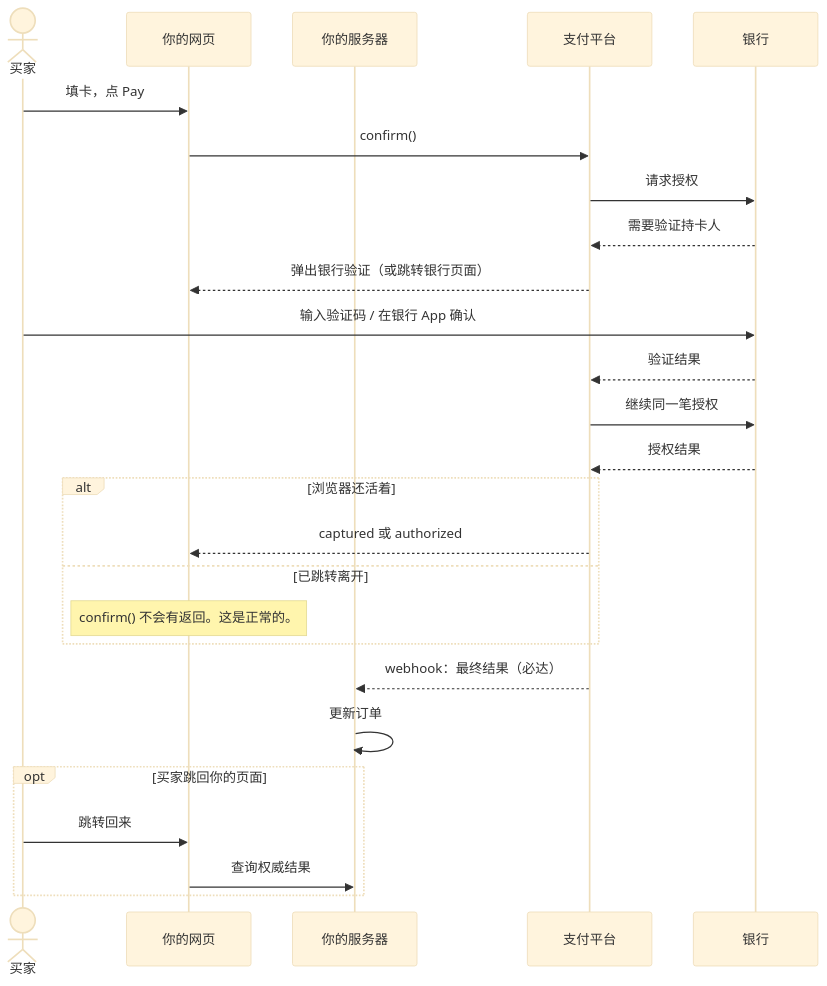
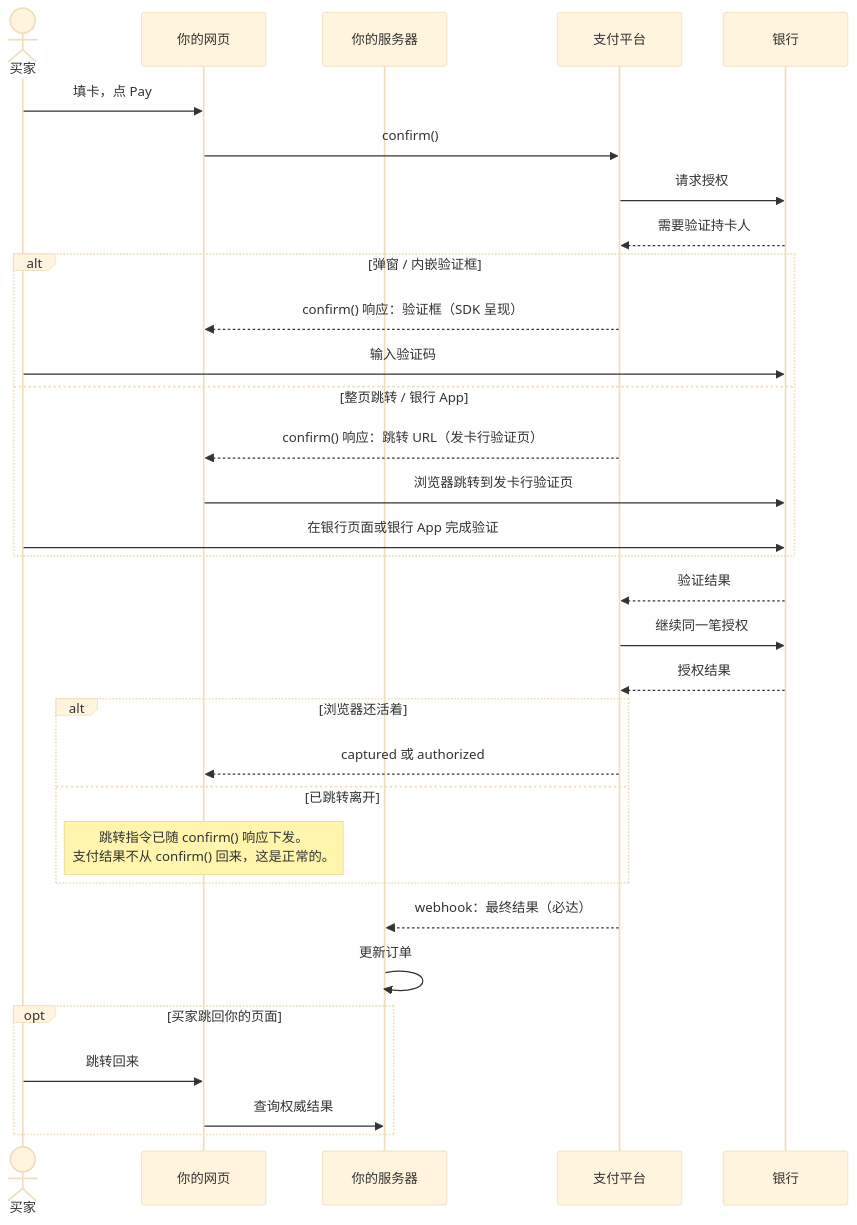
Before and after one commit to 1aboveio/wallet-architecture: the fifth of 5 diagrams in docs/payment-element-merchant-integration-guide.md, drawn with Mermaid (base theme). The commit also changed other lines of this file and 1 other file, not shown here.

Commit message:
docs: deliver 3DS redirect via confirm() response, browser performs the jump
Model the full-page redirect / bank-app handoff explicitly as part of the
confirm() response: the reply carries a redirect instruction with the
issuer verification URL and the browser-side SDK performs the navigation.
Update both sequence charts, the presentation-mode tables and the
ConfirmResult notes accordingly, and fix stale wording that implied the
payment result could come back through the confirm() promise.

````diff
--- a/docs/payment-element-merchant-integration-guide.md
+++ b/docs/payment-element-merchant-integration-guide.md
@@ -581,29 +582,35 @@
 ```mermaid
 sequenceDiagram
     actor Buyer as 买家
     participant Page as 你的网页
     participant Server as 你的服务器
     participant Pay as 支付平台
     participant Bank as 银行
 
     Buyer->>Page: 填卡，点 Pay
     Page->>Pay: confirm()
     Pay->>Bank: 请求授权
     Bank-->>Pay: 需要验证持卡人
-    Pay-->>Page: 弹出银行验证（或跳转银行页面）
-    Buyer->>Bank: 输入验证码 / 在银行 App 确认
+    alt 弹窗 / 内嵌验证框
+        Pay-->>Page: confirm() 响应：验证框（SDK 呈现）
+        Buyer->>Bank: 输入验证码
+    else 整页跳转 / 银行 App
+        Pay-->>Page: confirm() 响应：跳转 URL（发卡行验证页）
+        Page->>Bank: 浏览器跳转到发卡行验证页
+        Buyer->>Bank: 在银行页面或银行 App 完成验证
+    end
     Bank-->>Pay: 验证结果
     Pay->>Bank: 继续同一笔授权
     Bank-->>Pay: 授权结果
     alt 浏览器还活着
         Pay-->>Page: captured 或 authorized
     else 已跳转离开
-        Note over Page: confirm() 不会有返回。这是正常的。
+        Note over Page: 跳转指令已随 confirm() 响应下发。<br/>支付结果不从 confirm() 回来，这是正常的。
     end
     Pay-->>Server: webhook：最终结果（必达）
     Server->>Server: 更新订单
     opt 买家跳回你的页面
         Buyer->>Page: 跳转回来
         Page->>Server: 查询权威结果
     end
 ```
````
